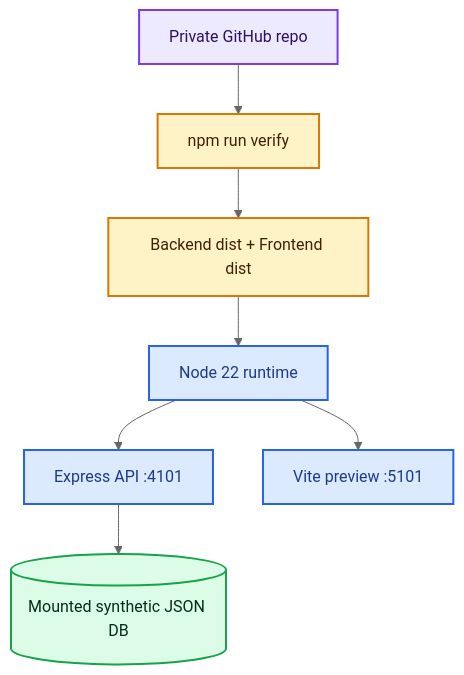
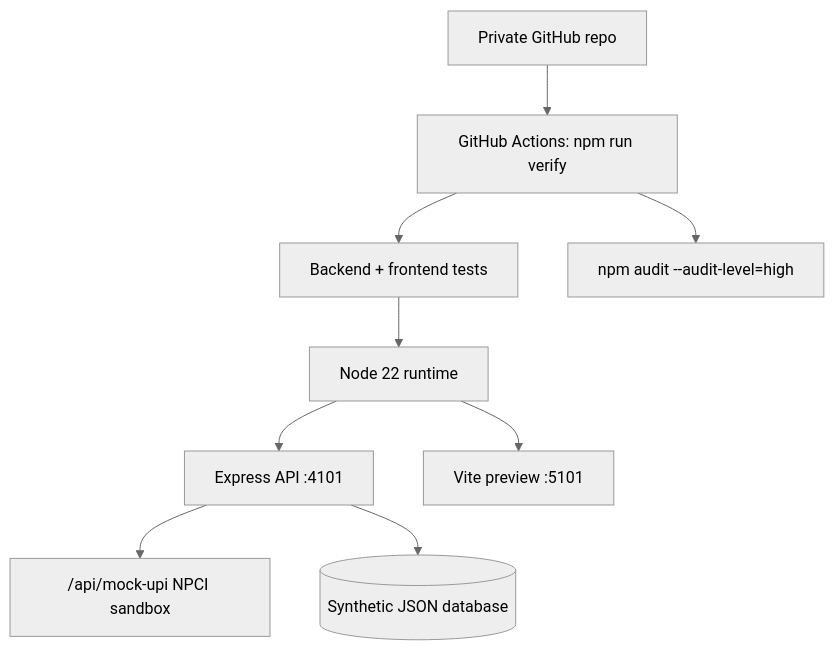
The third of 3 diagrams in docs/DIAGRAMS.md (jprbom/upi-flowpilot), drawn with Mermaid (neutral theme) before and after one commit. The commit also changed other lines of this file and 15 other files, not shown here.

Commit message:
feat: wire working demo flows and mock UPI rail

```diff
--- a/docs/DIAGRAMS.md
+++ b/docs/DIAGRAMS.md
@@ -76,14 +50,11 @@
 ~~~mermaid
 flowchart TB
-  Repo["Private GitHub repo"]:::repo --> CI["npm run verify"]:::ci
-  CI --> Build["Backend dist + Frontend dist"]:::ci
-  Build --> Runtime["Node 22 runtime"]:::runtime
-  Runtime --> Backend["Express API :4101"]:::runtime
-  Runtime --> Frontend["Vite preview :5101"]:::runtime
-  Backend --> DB[("Mounted synthetic JSON DB")]:::data
-
-  classDef repo fill:#ede9fe,stroke:#7c3aed,stroke-width:2px,color:#2e1065
-  classDef ci fill:#fef3c7,stroke:#d97706,stroke-width:2px,color:#422006
-  classDef runtime fill:#dbeafe,stroke:#2563eb,stroke-width:2px,color:#1e3a8a
-  classDef data fill:#dcfce7,stroke:#16a34a,stroke-width:2px,color:#052e16
+  Repo["Private GitHub repo"] --> CI["GitHub Actions: npm run verify"]
+  CI --> Tests["Backend + frontend tests"]
+  CI --> Audit["npm audit --audit-level=high"]
+  Tests --> Runtime["Node 22 runtime"]
+  Runtime --> Backend["Express API :4101"]
+  Runtime --> Frontend["Vite preview :5101"]
+  Backend --> Mock["/api/mock-upi NPCI sandbox"]
+  Backend --> DB[("Synthetic JSON database")]
 ~~~
```
